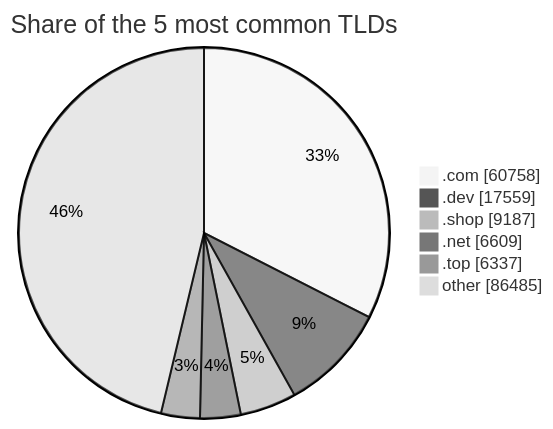
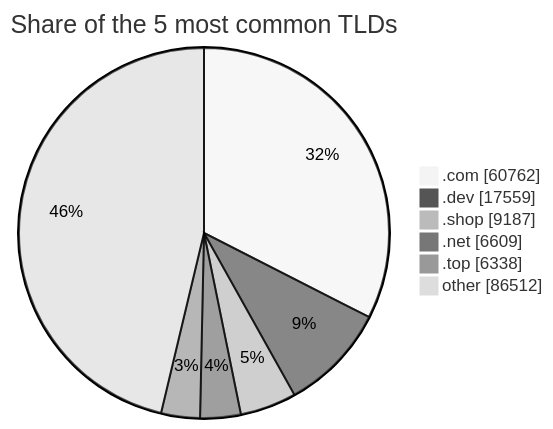
Before and after one commit to DNSBunker/CTI: the third of 3 diagrams in README.md, drawn with Mermaid (neutral theme). The commit also changed other lines of this file and 3 other files, not shown here.

````diff
--- a/README.md
+++ b/README.md
@@ -81,9 +81,9 @@
 ```mermaid
 pie showData title Share of the 5 most common TLDs
-    ".com" : 60758
+    ".com" : 60762
     ".dev" : 17559
     ".shop" : 9187
     ".net" : 6609
-    ".top" : 6337
-    "other" : 86485
+    ".top" : 6338
+    "other" : 86512
 ```
````
